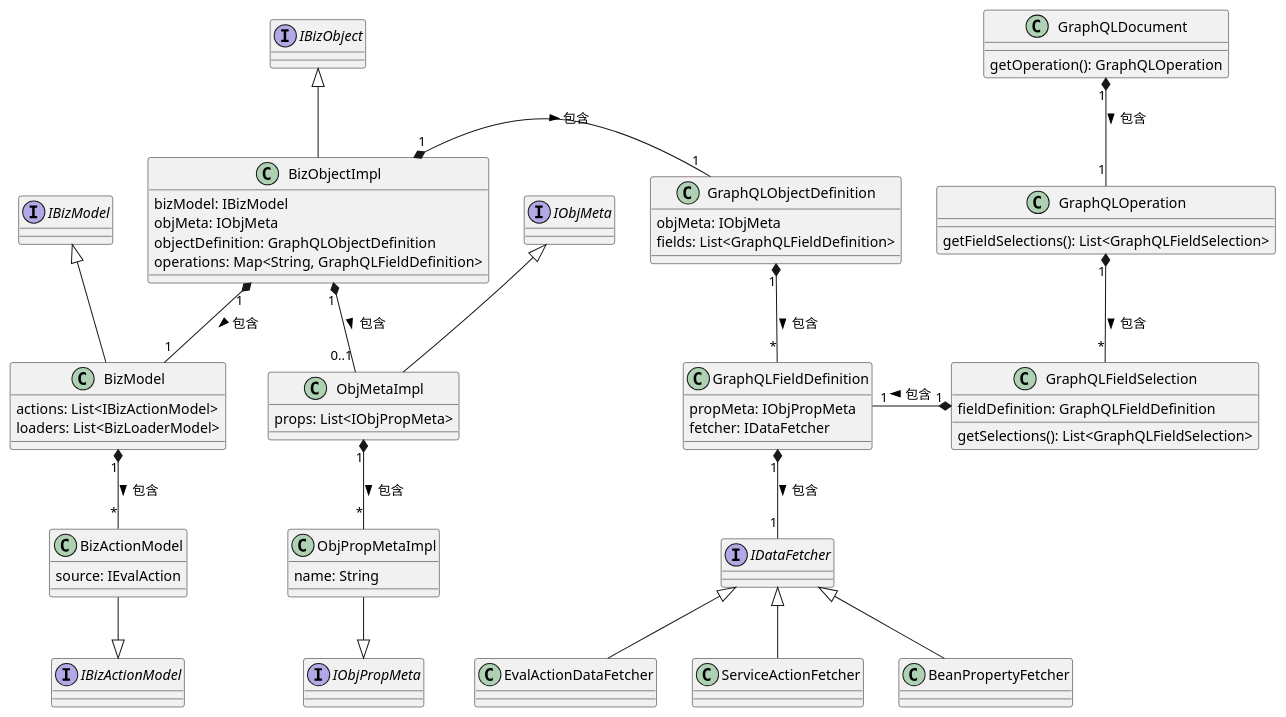
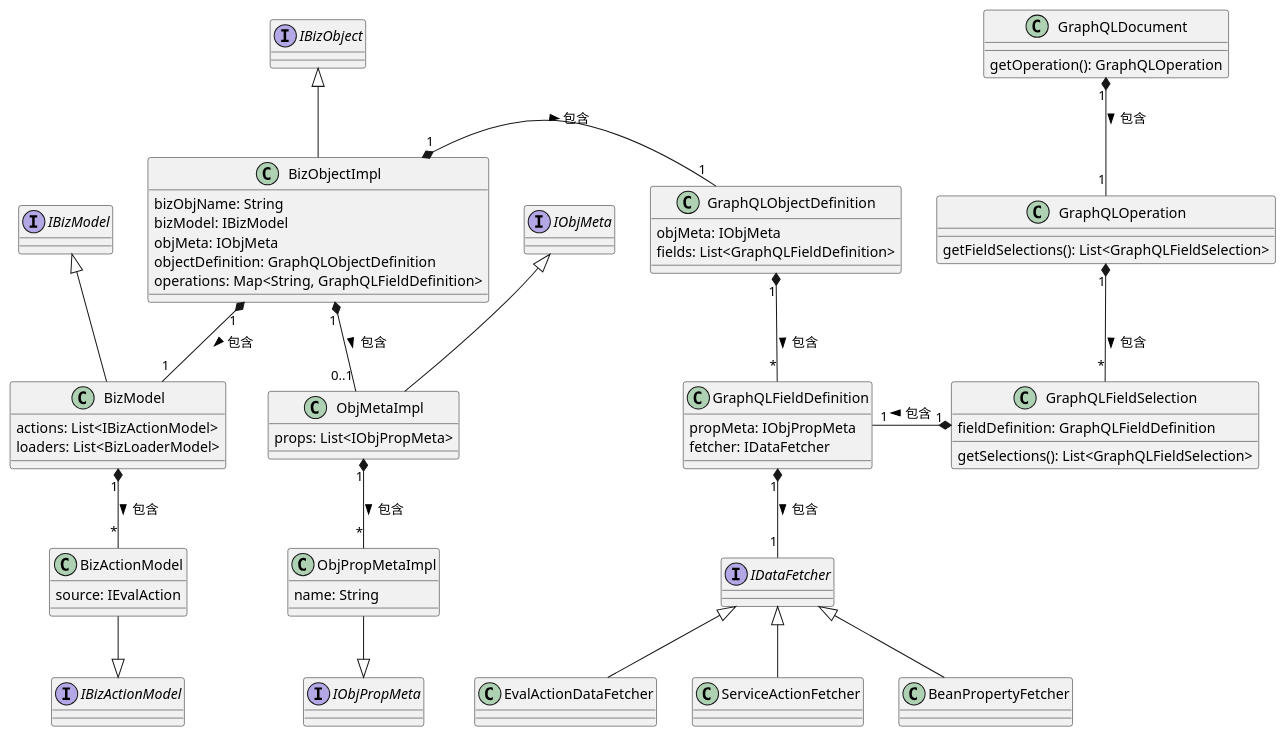
The third of 9 diagrams in docs/400.implement/400.component/100.graphql.md (crazydan-studio/nop.crazydan.io), drawn with PlantUML before and after one commit. The commit also changed other lines of this file, not shown here.

```diff
--- a/docs/400.implement/400.component/100.graphql.md
+++ b/docs/400.implement/400.component/100.graphql.md
@@ -335,6 +338,7 @@
 }
 
 class "BizObjectImpl" as biz_obj {
+  bizObjName: String
   bizModel: IBizModel
   objMeta: IObjMeta
   objectDefinition: GraphQLObjectDefinition
```
